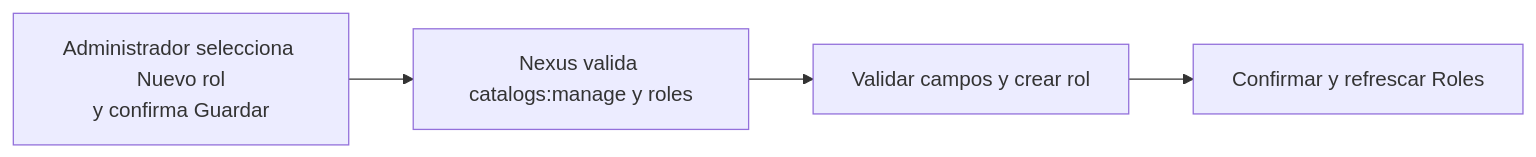
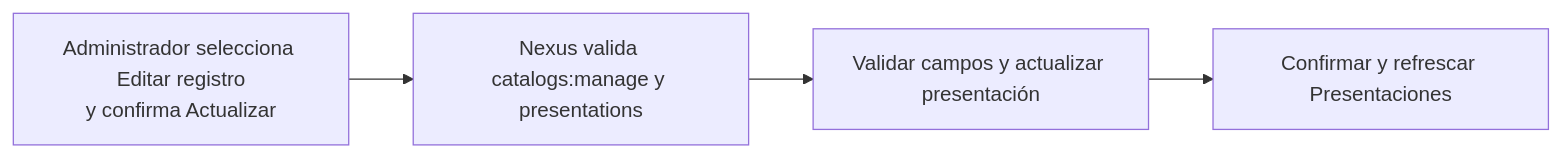
One commit to gpgsistemas01/nexus changed the diagram in docs/requirements/diagrams/catalogs/cu-cat-35.md. Above: the diagram before and after it, drawn with Mermaid. The commit also changed other lines of this file and 126 other files, not shown here.

````diff
--- a/docs/requirements/diagrams/catalogs/cu-cat-35.md
+++ b/docs/requirements/diagrams/catalogs/cu-cat-35.md
@@ -3,6 +3,6 @@
 ```mermaid
 flowchart LR
-    request["Administrador selecciona Nuevo rol<br/>y confirma Guardar"] --> authorize["Nexus valida catalogs:manage y roles"]
-    authorize --> persist["Validar campos y crear rol"]
-    persist --> result["Confirmar y refrescar Roles"]
+    request["Administrador selecciona Editar registro<br/>y confirma Actualizar"] --> authorize["Nexus valida catalogs:manage y presentations"]
+    authorize --> persist["Validar campos y actualizar presentación"]
+    persist --> result["Confirmar y refrescar Presentaciones"]
 ```
````
